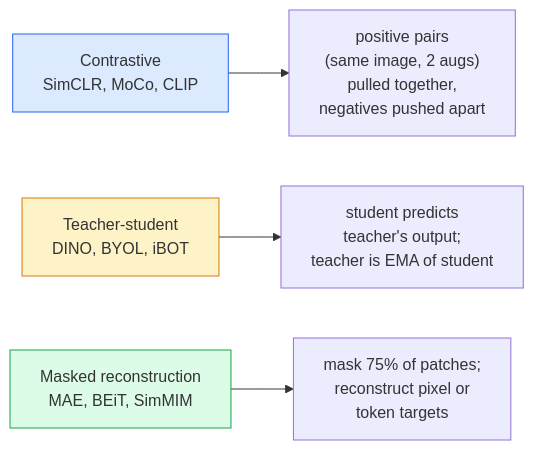
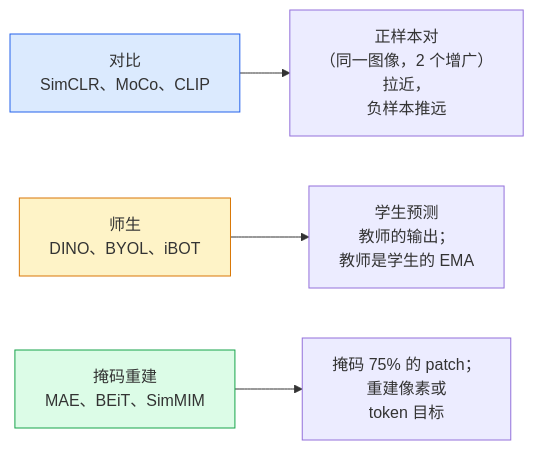
Before and after one commit to alessandrodinisio-ai/ai-engineering-learning-framework: the diagram in phases/04-computer-vision/17-self-supervised-vision/docs/en.md, drawn with Mermaid. The commit also changed other lines of this file and 443 other files, not shown here.

First line of the commit message:
feat(zh): 完成 435 节课程文档 + README/ROADMAP/术语表 + 网站 UI 全量中文化

````diff
--- a/phases/04-computer-vision/17-self-supervised-vision/docs/en.md
+++ b/phases/04-computer-vision/17-self-supervised-vision/docs/en.md
@@ -29,10 +29,10 @@
 ```mermaid
 flowchart LR
-    A["Contrastive<br/>SimCLR, MoCo, CLIP"] --> AT["positive pairs<br/>(same image, 2 augs)<br/>pulled together,<br/>negatives pushed apart"]
-    B["Teacher-student<br/>DINO, BYOL, iBOT"] --> BT["student predicts<br/>teacher's output;<br/>teacher is EMA of student"]
-    C["Masked reconstruction<br/>MAE, BEiT, SimMIM"] --> CT["mask 75% of patches;<br/>reconstruct pixel or<br/>token targets"]
+    A["对比<br/>SimCLR、MoCo、CLIP"] --> AT["正样本对<br/>（同一图像，2 个增广）<br/>拉近，<br/>负样本推远"]
+    B["师生<br/>DINO、BYOL、iBOT"] --> BT["学生预测<br/>教师的输出；<br/>教师是学生的 EMA"]
+    C["掩码重建<br/>MAE、BEiT、SimMIM"] --> CT["掩码 75% 的 patch；<br/>重建像素或<br/>token 目标"]
 
     style A fill:#dbeafe,stroke:#2563eb
     style B fill:#fef3c7,stroke:#d97706
     style C fill:#dcfce7,stroke:#16a34a
 ```
````
